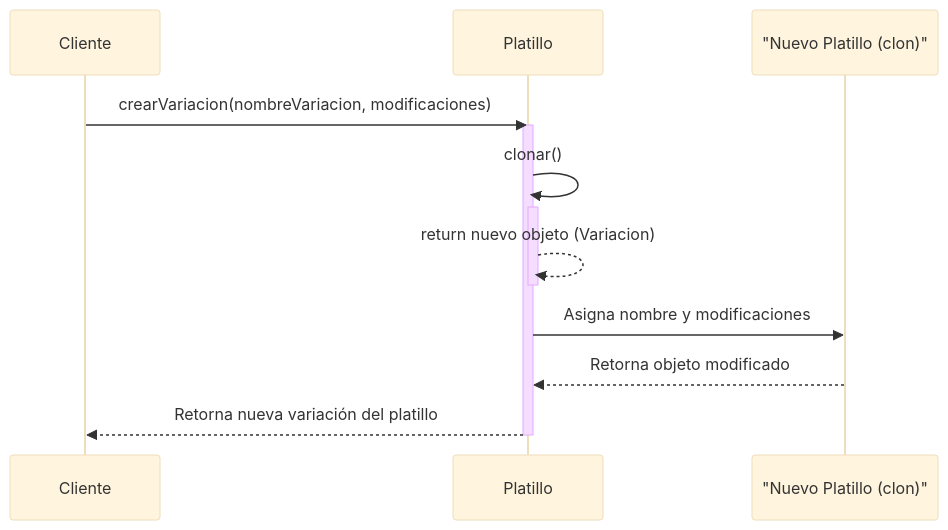
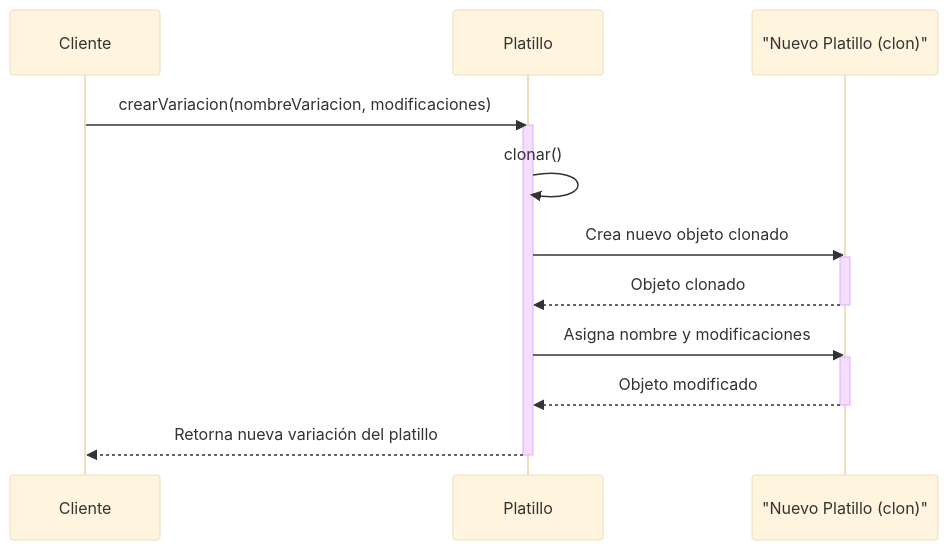
The sixth of 19 diagrams in Readme.md (JohanStivenRengifo/Restaurant-system), drawn with Mermaid (base theme) before and after one commit. The commit also changed other lines of this file and 1 other file, not shown here.

````diff
--- a/Readme.md
+++ b/Readme.md
@@ -448,19 +446,20 @@
 ```mermaid
 sequenceDiagram
     participant Cliente
     participant Platillo
     participant Variacion as "Nuevo Platillo (clon)"
 
     Cliente->>Platillo: crearVariacion(nombreVariacion, modificaciones)
     activate Platillo
     Platillo->>Platillo: clonar()
-    activate Platillo
-    Platillo-->>Platillo: return nuevo objeto (Variacion)
-    deactivate Platillo
-
+    Platillo->>Variacion: Crea nuevo objeto clonado
+    activate Variacion
+    Variacion-->>Platillo: Objeto clonado
+    deactivate Variacion
     Platillo->>Variacion: Asigna nombre y modificaciones
-    Variacion-->>Platillo: Retorna objeto modificado
+    activate Variacion
+    Variacion-->>Platillo: Objeto modificado
+    deactivate Variacion
     Platillo-->>Cliente: Retorna nueva variación del platillo
     deactivate Platillo
-
 ```
````
